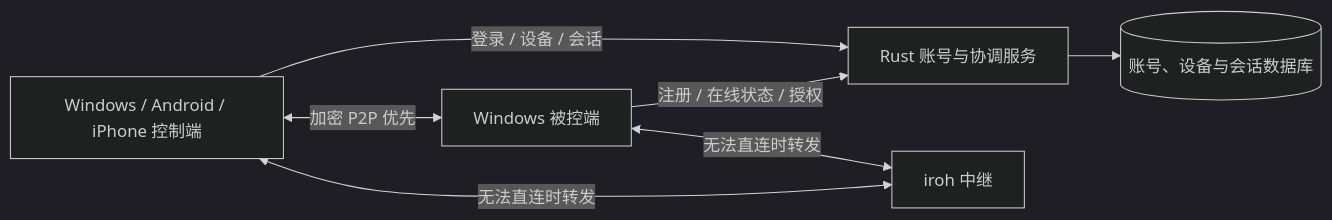
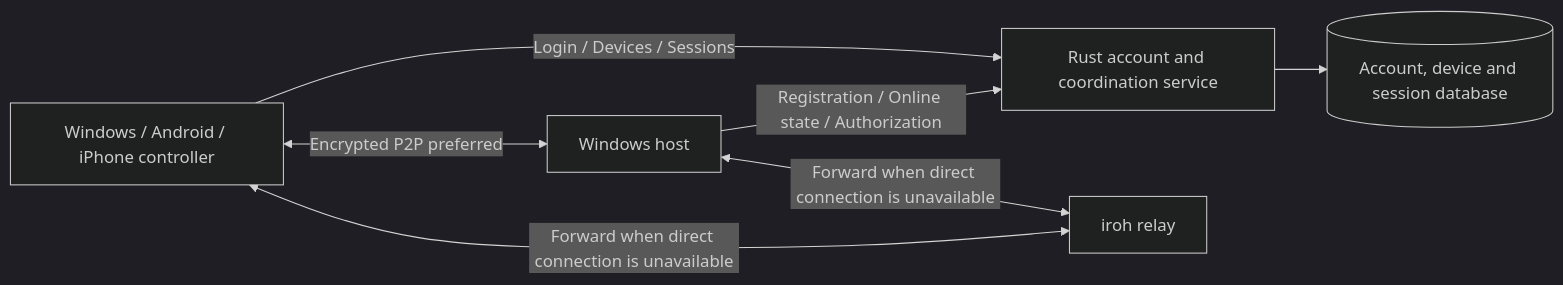
One commit to wanghao9103/farsail changed the diagram in PROJECT_DESIGN.md. Above: the diagram before and after it, drawn with Mermaid (dark theme). The commit also changed other lines of this file and 90 other files, not shown here.

````diff
--- a/PROJECT_DESIGN.md
+++ b/PROJECT_DESIGN.md
@@ -25,9 +37,9 @@
 ```mermaid
 flowchart LR
-  A[Windows / Android / iPhone 控制端] -->|登录 / 设备 / 会话| C[Rust 账号与协调服务]
-  B[Windows 被控端] -->|注册 / 在线状态 / 授权| C
-  C --> D[(账号、设备与会话数据库)]
-  A <-->|加密 P2P 优先| B
-  A <-->|无法直连时转发| R[iroh 中继]
-  B <-->|无法直连时转发| R
+  A[Windows / Android / iPhone controller] -->|Login / Devices / Sessions| C[Rust account and coordination service]
+  B[Windows host] -->|Registration / Online state / Authorization| C
+  C --> D[(Account, device and session database)]
+  A <-->|Encrypted P2P preferred| B
+  A <-->|Forward when direct connection is unavailable| R[iroh relay]
+  B <-->|Forward when direct connection is unavailable| R
 ```
````
